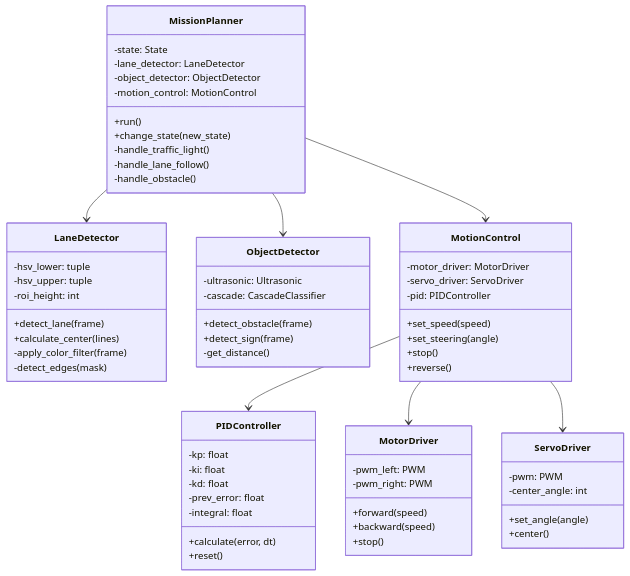
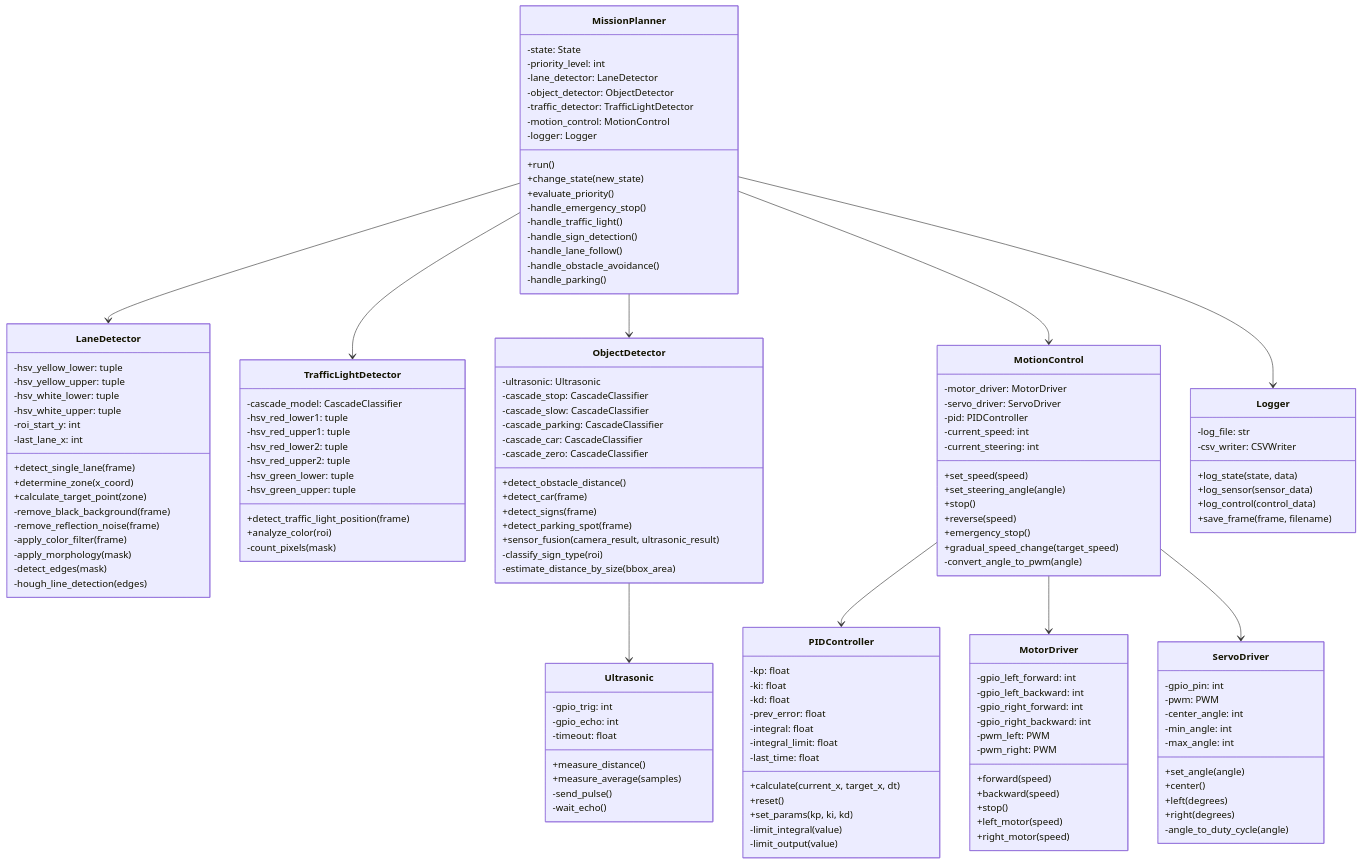
Before and after one commit to Collegenie-X/Raspbot-v2-self-driving-car: diagram 35 of 43 in 05_final_self_driving/1단계_요구사항_분석.md, drawn with Mermaid. The commit also changed other lines of this file and 1 other file, not shown here.

```diff
--- a/05_final_self_driving/1단계_요구사항_분석.md
+++ b/05_final_self_driving/1단계_요구사항_분석.md
@@ -1408,32 +1409,68 @@
 classDiagram
     class MissionPlanner {
         -state: State
+        -priority_level: int
         -lane_detector: LaneDetector
         -object_detector: ObjectDetector
+        -traffic_detector: TrafficLightDetector
         -motion_control: MotionControl
+        -logger: Logger
         +run()
         +change_state(new_state)
+        +evaluate_priority()
+        -handle_emergency_stop()
         -handle_traffic_light()
+        -handle_sign_detection()
         -handle_lane_follow()
-        -handle_obstacle()
+        -handle_obstacle_avoidance()
+        -handle_parking()
     }
     
     class LaneDetector {
-        -hsv_lower: tuple
-        -hsv_upper: tuple
-        -roi_height: int
-        +detect_lane(frame)
-        +calculate_center(lines)
+        -hsv_yellow_lower: tuple
+        -hsv_yellow_upper: tuple
+        -hsv_white_lower: tuple
+        -hsv_white_upper: tuple
+        -roi_start_y: int
+        -last_lane_x: int
+        +detect_single_lane(frame)
+        +determine_zone(x_coord)
+        +calculate_target_point(zone)
+        -remove_black_background(frame)
+        -remove_reflection_noise(frame)
         -apply_color_filter(frame)
+        -apply_morphology(mask)
         -detect_edges(mask)
+        -hough_line_detection(edges)
+    }
+    
+    class TrafficLightDetector {
+        -cascade_model: CascadeClassifier
+        -hsv_red_lower1: tuple
+        -hsv_red_upper1: tuple
+        -hsv_red_lower2: tuple
+        -hsv_red_upper2: tuple
+        -hsv_green_lower: tuple
+        -hsv_green_upper: tuple
+        +detect_traffic_light_position(frame)
+        +analyze_color(roi)
+        -count_pixels(mask)
     }
     
     class ObjectDetector {
         -ultrasonic: Ultrasonic
-        -cascade: CascadeClassifier
-        +detect_obstacle(frame)
-        +detect_sign(frame)
-        -get_distance()
+        -cascade_stop: CascadeClassifier
+        -cascade_slow: CascadeClassifier
+        -cascade_parking: CascadeClassifier
+        -cascade_car: CascadeClassifier
+        -cascade_zero: CascadeClassifier
+        +detect_obstacle_distance()
+        +detect_car(frame)
+        +detect_signs(frame)
+        +detect_parking_spot(frame)
+        +sensor_fusion(camera_result, ultrasonic_result)
+        -classify_sign_type(roi)
+        -estimate_distance_by_size(bbox_area)
     }
     
     class PIDController {
@@ -1442,38 +1479,82 @@
         -kd: float
         -prev_error: float
         -integral: float
-        +calculate(error, dt)
+        -integral_limit: float
+        -last_time: float
+        +calculate(current_x, target_x, dt)
         +reset()
+        +set_params(kp, ki, kd)
+        -limit_integral(value)
+        -limit_output(value)
     }
     
     class MotionControl {
         -motor_driver: MotorDriver
         -servo_driver: ServoDriver
         -pid: PIDController
+        -current_speed: int
+        -current_steering: int
         +set_speed(speed)
-        +set_steering(angle)
+        +set_steering_angle(angle)
         +stop()
-        +reverse()
+        +reverse(speed)
+        +emergency_stop()
+        +gradual_speed_change(target_speed)
+        -convert_angle_to_pwm(angle)
     }
     
     class MotorDriver {
+        -gpio_left_forward: int
+        -gpio_left_backward: int
+        -gpio_right_forward: int
+        -gpio_right_backward: int
         -pwm_left: PWM
         -pwm_right: PWM
         +forward(speed)
         +backward(speed)
         +stop()
+        +left_motor(speed)
+        +right_motor(speed)
     }
     
     class ServoDriver {
+        -gpio_pin: int
         -pwm: PWM
         -center_angle: int
+        -min_angle: int
+        -max_angle: int
         +set_angle(angle)
         +center()
+        +left(degrees)
+        +right(degrees)
+        -angle_to_duty_cycle(angle)
+    }
+    
+    class Ultrasonic {
+        -gpio_trig: int
+        -gpio_echo: int
+        -timeout: float
+        +measure_distance()
+        +measure_average(samples)
+        -send_pulse()
+        -wait_echo()
+    }
+    
+    class Logger {
+        -log_file: str
+        -csv_writer: CSVWriter
+        +log_state(state, data)
+        +log_sensor(sensor_data)
+        +log_control(control_data)
+        +save_frame(frame, filename)
     }
     
     MissionPlanner --> LaneDetector
     MissionPlanner --> ObjectDetector
+    MissionPlanner --> TrafficLightDetector
     MissionPlanner --> MotionControl
+    MissionPlanner --> Logger
+    ObjectDetector --> Ultrasonic
     MotionControl --> PIDController
     MotionControl --> MotorDriver
     MotionControl --> ServoDriver
```
